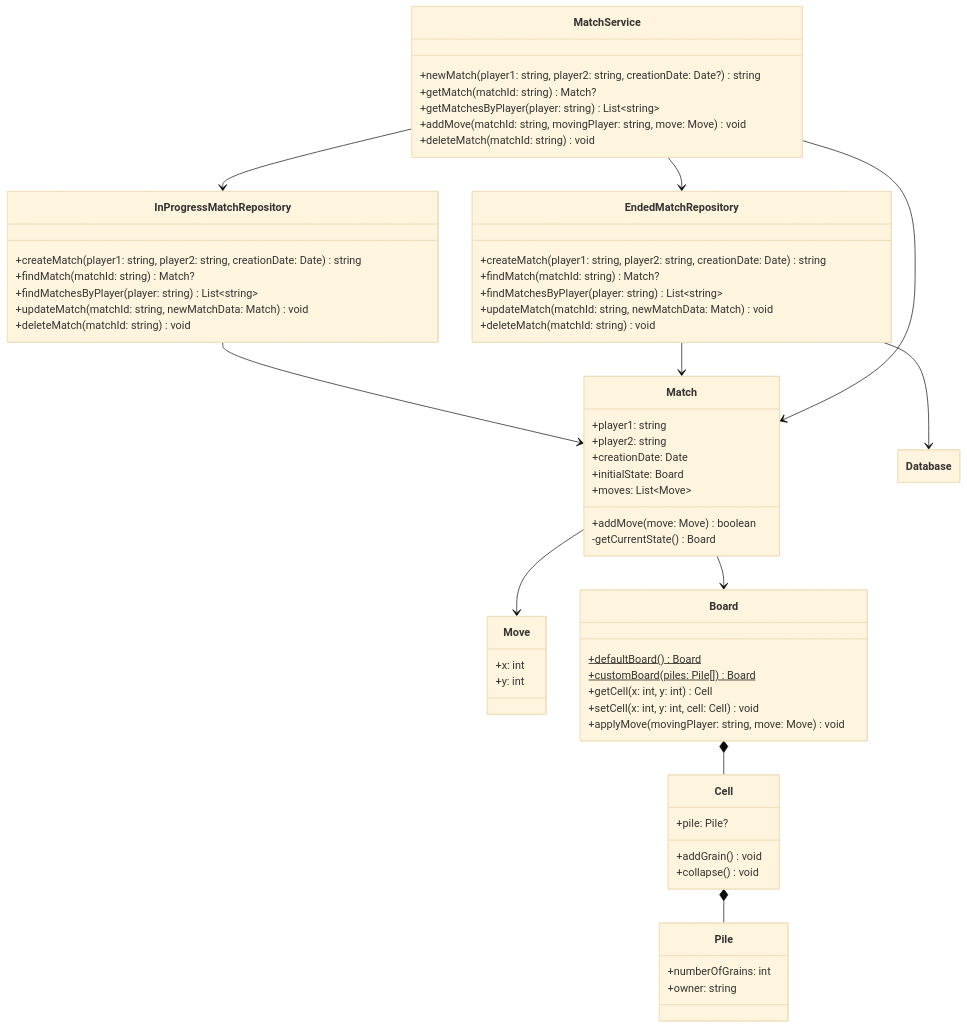
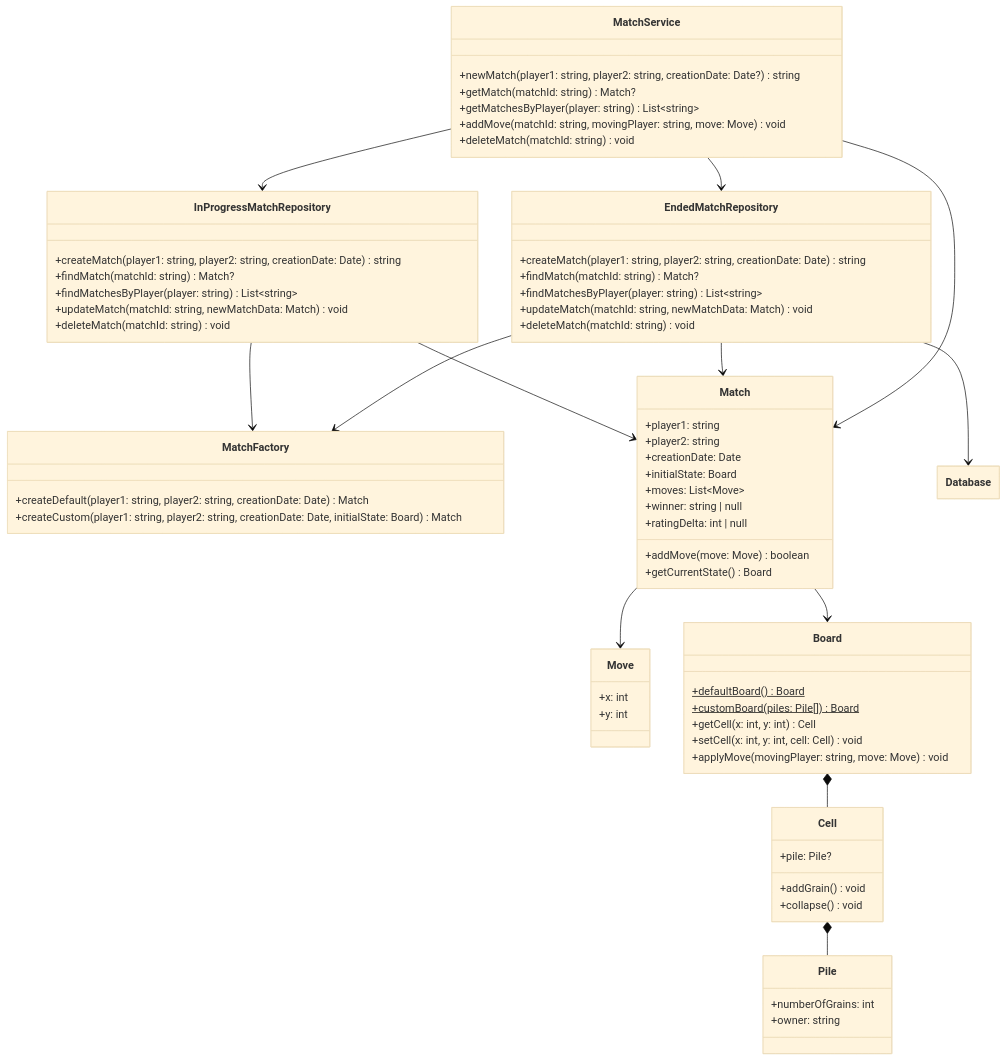
Before and after one commit to AndreaB2000/ASW-project: the fifth of 8 diagrams in docs/report.md, drawn with Mermaid (base theme). The commit also changed other lines of this file and 1 other file, not shown here.

Commit message:
docs: update match and docker docs

```diff
--- a/docs/report.md
+++ b/docs/report.md
@@ -449,15 +449,22 @@
         +y: int
     }
 
+    class MatchFactory {
+        +createDefault(player1: string, player2: string, creationDate: Date) Match
+        +createCustom(player1: string, player2: string, creationDate: Date, initialState: Board) Match
+    }
+
     class Match {
         +player1: string
         +player2: string
         +creationDate: Date
         +initialState: Board
         +moves: List~Move~
+        +winner: string | null
+        +ratingDelta: int | null
 
         +addMove(move: Move) boolean
-        -getCurrentState() Board
+        +getCurrentState() Board
     }
 
     class Database
@@ -511,6 +518,8 @@
         +owner: string
     }
 
+    InProgressMatchRepository --> MatchFactory
+    EndedMatchRepository --> MatchFactory
     EndedMatchRepository --> Database
     MatchService --> InProgressMatchRepository
     MatchService --> EndedMatchRepository
```
